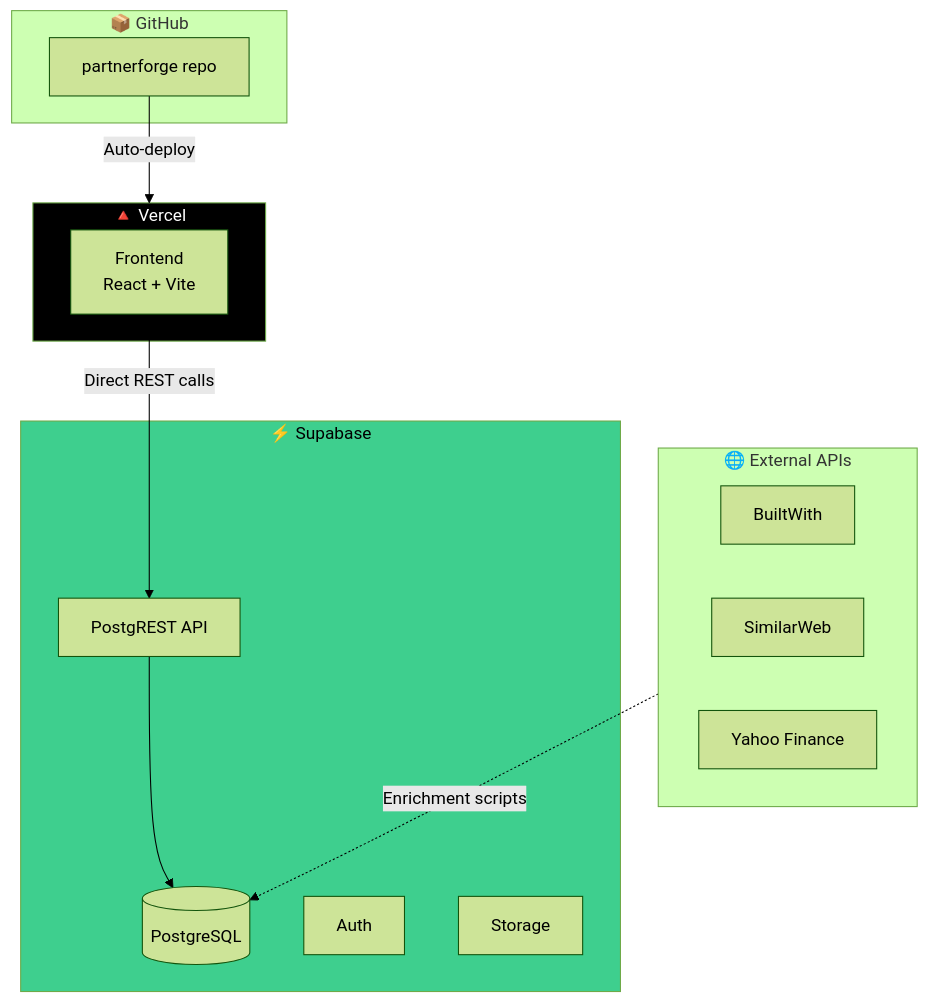
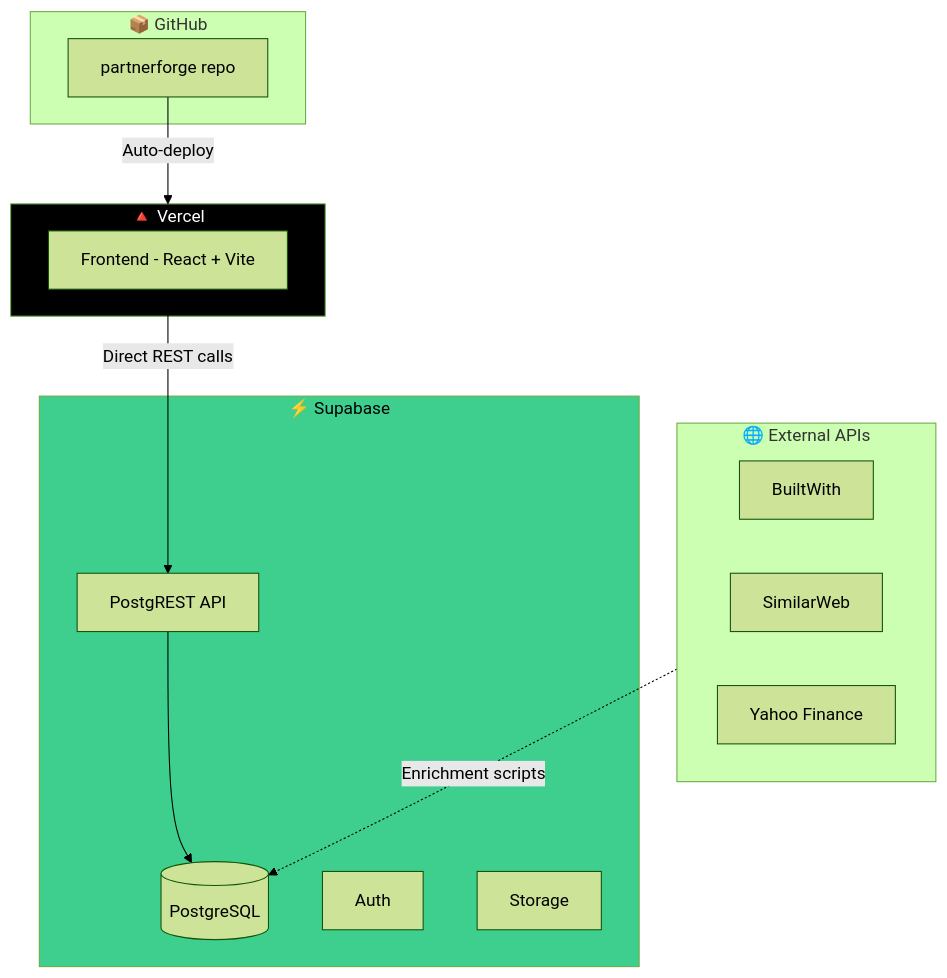
One commit to arijitchowdhury80/partnerforge changed diagram 11 of 13 in docs/architecture/diagrams.md. Above: the diagram before and after it, drawn with Mermaid (forest theme). The commit also changed other lines of this file, not shown here.

First line of the commit message:
fix: Simplify mermaid diagrams for mermaid.ink compatibility

````diff
--- a/docs/architecture/diagrams.md
+++ b/docs/architecture/diagrams.md
@@ -431,33 +431,33 @@
 ```mermaid
 flowchart TB
     subgraph GitHub["📦 GitHub"]
         Repo[partnerforge repo]
     end
 
     subgraph Vercel["🔺 Vercel"]
-        FE[Frontend<br/>React + Vite]
+        FE[Frontend - React + Vite]
     end
 
     subgraph Supabase["⚡ Supabase"]
         RestAPI[PostgREST API]
         DB[(PostgreSQL)]
         Auth[Auth]
         Storage[Storage]
     end
 
     subgraph External["🌐 External APIs"]
         BW[BuiltWith]
         SW[SimilarWeb]
         YF[Yahoo Finance]
     end
 
     Repo -->|Auto-deploy| Vercel
 
     FE -->|Direct REST calls| RestAPI
     RestAPI --> DB
 
     External -.->|Enrichment scripts| DB
 
     style Vercel fill:#000,color:#fff
     style Supabase fill:#3ECF8E,color:#000
 ```
````
